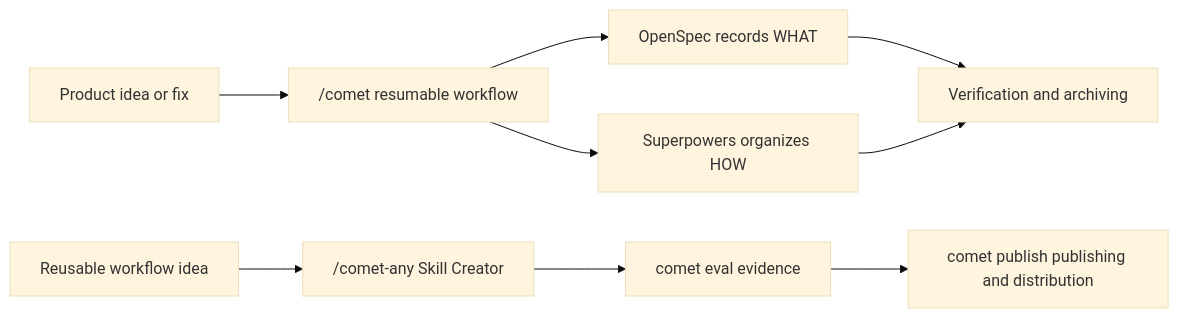
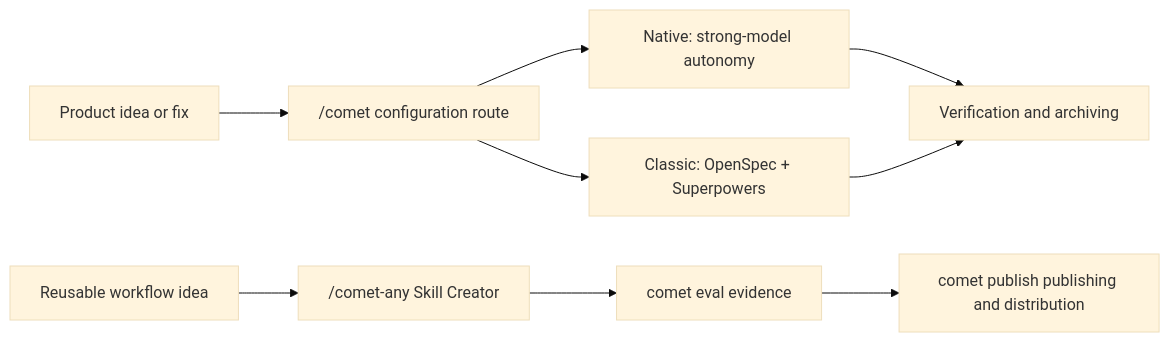
The diagram in en/introduction.mdx (rpamis/comet-website-docs), drawn with Mermaid (base theme) before and after one commit. The commit also changed other lines of this file and 85 other files, not shown here.

Commit message:
docs: publish native workflow documentation

````diff
--- a/en/introduction.mdx
+++ b/en/introduction.mdx
@@ -22,11 +29,11 @@
 ```mermaid
 flowchart LR
-  A["Product idea or fix"] --> B["/comet resumable workflow"]
-  B --> C["OpenSpec records WHAT"]
-  B --> D["Superpowers organizes HOW"]
-  C --> E["Verification and archiving"]
-  D --> E
+  A["Product idea or fix"] --> B["/comet configuration route"]
+  B --> N["Native: strong-model autonomy"]
+  B --> C["Classic: OpenSpec + Superpowers"]
+  N --> E["Verification and archiving"]
+  C --> E
   F["Reusable workflow idea"] --> G["/comet-any Skill Creator"]
   G --> H["comet eval evidence"]
   H --> I["comet publish publishing and distribution"]
 ```
````
